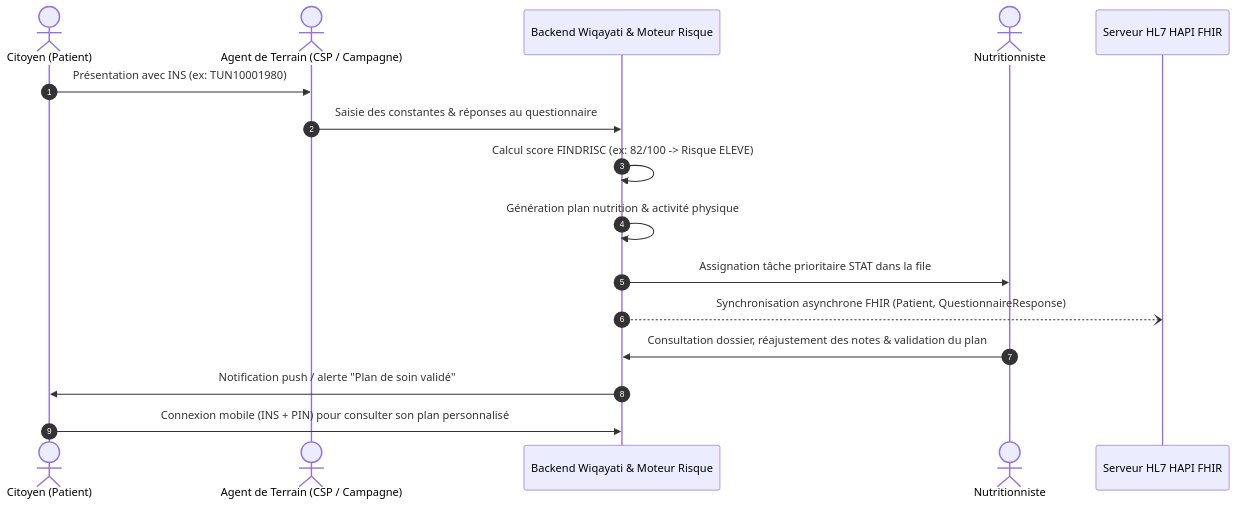
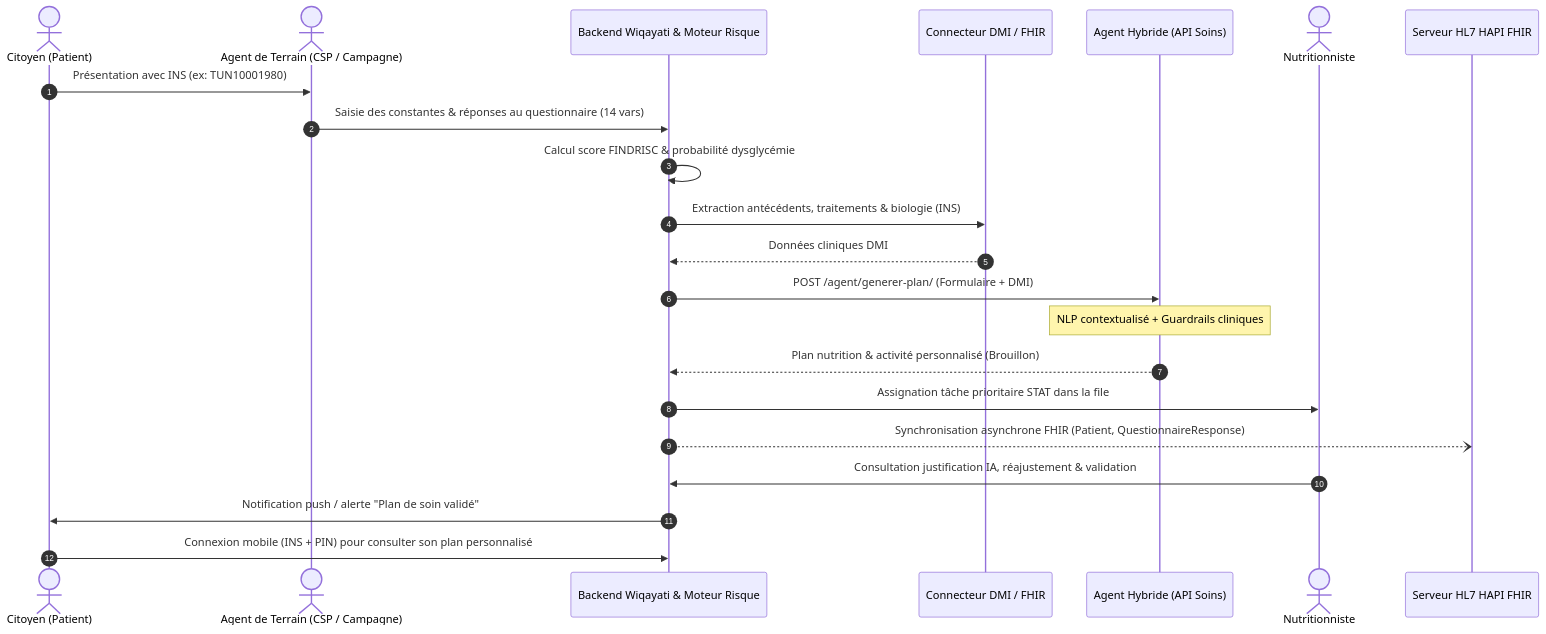
The diagram in README.md (amira-nasfi/wiqayati), drawn with Mermaid before and after one commit. The commit also changed other lines of this file and 48 other files, not shown here.

````diff
--- a/README.md
+++ b/README.md
@@ -232,19 +232,25 @@
 ```mermaid
 sequenceDiagram
     autonumber
     actor C as Citoyen (Patient)
     actor A as Agent de Terrain (CSP / Campagne)
     participant B as Backend Wiqayati & Moteur Risque
+    participant DMI as Connecteur DMI / FHIR
+    participant H as Agent Hybride (API Soins)
     actor N as Nutritionniste
     participant F as Serveur HL7 HAPI FHIR
 
     C->>A: Présentation avec INS (ex: TUN10001980)
-    A->>B: Saisie des constantes & réponses au questionnaire
-    B->>B: Calcul score FINDRISC (ex: 82/100 -> Risque ELEVE)
-    B->>B: Génération plan nutrition & activité physique
+    A->>B: Saisie des constantes & réponses au questionnaire (14 vars)
+    B->>B: Calcul score FINDRISC & probabilité dysglycémie
+    B->>DMI: Extraction antécédents, traitements & biologie (INS)
+    DMI-->>B: Données cliniques DMI
+    B->>H: POST /agent/generer-plan/ (Formulaire + DMI)
+    Note over H: NLP contextualisé + Guardrails cliniques
+    H-->>B: Plan nutrition & activité personnalisé (Brouillon)
     B->>N: Assignation tâche prioritaire STAT dans la file
     B--)F: Synchronisation asynchrone FHIR (Patient, QuestionnaireResponse)
-    N->>B: Consultation dossier, réajustement des notes & validation du plan
+    N->>B: Consultation justification IA, réajustement & validation
     B->>C: Notification push / alerte "Plan de soin validé"
     C->>B: Connexion mobile (INS + PIN) pour consulter son plan personnalisé
 ```
````
